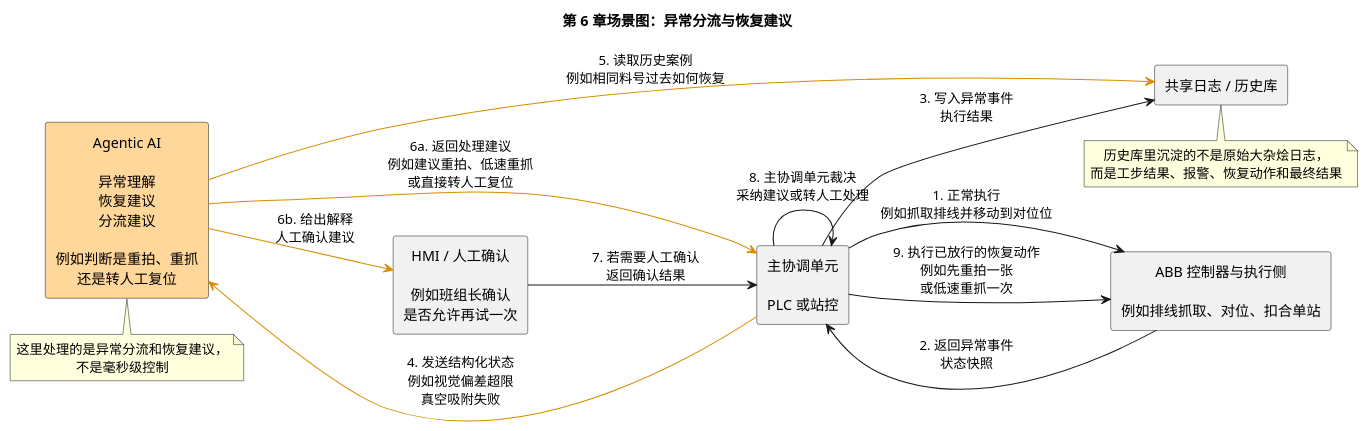
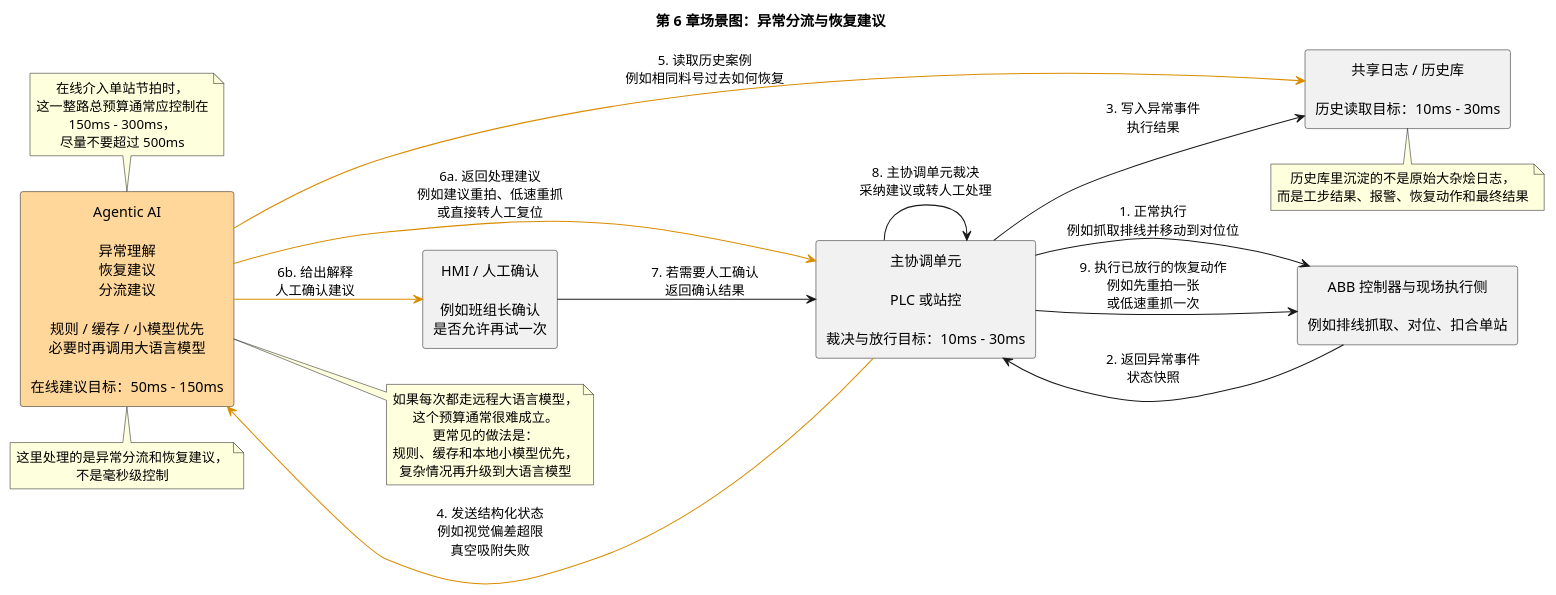
Before and after one commit to coolbeevip/coolbeevip.github.io: the diagram in content/posts/embodied-ai/abb-isaac-agent-flexible-manufacturing-ai-first/diagrams/abb-isaac-agent-flexible-manufacturing-ai-first-06-abnormal-routing.puml, drawn with PlantUML. The commit also changed 2 other files, not shown here.

```diff
--- a/content/posts/embodied-ai/abb-isaac-agent-flexible-manufacturing-ai-first/diagrams/abb-isaac-agent-flexible-manufacturing-ai-first-06-abnormal-routing.puml
+++ b/content/posts/embodied-ai/abb-isaac-agent-flexible-manufacturing-ai-first/diagrams/abb-isaac-agent-flexible-manufacturing-ai-first-06-abnormal-routing.puml
@@ -1,35 +1,50 @@
 @startuml
 title 第 6 章场景图：异常分流与恢复建议
 left to right direction
 skinparam shadowing false
 skinparam packageStyle rectangle
 skinparam defaultTextAlignment center
 skinparam wrapWidth 220
 
-rectangle "主协调单元\n\nPLC 或站控" as LOOP
-rectangle "共享日志 / 历史库" as LOG
-rectangle "Agentic AI\n\n异常理解\n恢复建议\n分流建议\n\n例如判断是重拍、重抓\n还是转人工复位" as APP #FFD79A
+rectangle "主协调单元\n\nPLC 或站控\n\n裁决与放行目标：10ms - 30ms" as LOOP
+rectangle "共享日志 / 历史库\n\n历史读取目标：10ms - 30ms" as LOG
+rectangle "Agentic AI\n\n异常理解\n恢复建议\n分流建议\n\n规则 / 缓存 / 小模型优先\n必要时再调用大语言模型\n\n在线建议目标：50ms - 150ms" as APP #FFD79A
 rectangle "HMI / 人工确认\n\n例如班组长确认\n是否允许再试一次" as HMI
-rectangle "ABB 控制器与执行侧\n\n例如排线抓取、对位、扣合单站" as EXEC
+rectangle "ABB 控制器与现场执行侧\n\n例如排线抓取、对位、扣合单站" as EXEC
 
 LOOP --> EXEC : 1. 正常执行\n例如抓取排线并移动到对位位
 EXEC --> LOOP : 2. 返回异常事件\n状态快照
 LOOP --> LOG : 3. 写入异常事件\n执行结果
 LOOP -[#D98C00]-> APP : 4. 发送结构化状态\n例如视觉偏差超限\n真空吸附失败
 APP -[#D98C00]-> LOG : 5. 读取历史案例\n例如相同料号过去如何恢复
 APP -[#D98C00]-> LOOP : 6a. 返回处理建议\n例如建议重拍、低速重抓\n或直接转人工复位
 APP -[#D98C00]-> HMI : 6b. 给出解释\n人工确认建议
 HMI --> LOOP : 7. 若需要人工确认\n返回确认结果
 LOOP --> LOOP : 8. 主协调单元裁决\n采纳建议或转人工处理
 LOOP --> EXEC : 9. 执行已放行的恢复动作\n例如先重拍一张\n或低速重抓一次
 
 note bottom of APP
 这里处理的是异常分流和恢复建议，
 不是毫秒级控制
 end note
 
+note top of APP
+在线介入单站节拍时，
+这一整路总预算通常应控制在
+150ms - 300ms，
+尽量不要超过 500ms
+end note
+
+note right of APP
+如果每次都走远程大语言模型，
+这个预算通常很难成立。
+更常见的做法是：
+规则、缓存和本地小模型优先，
+复杂情况再升级到大语言模型
+end note
+
 note bottom of LOG
 历史库里沉淀的不是原始大杂烩日志，
 而是工步结果、报警、恢复动作和最终结果
 end note
 @enduml
```
